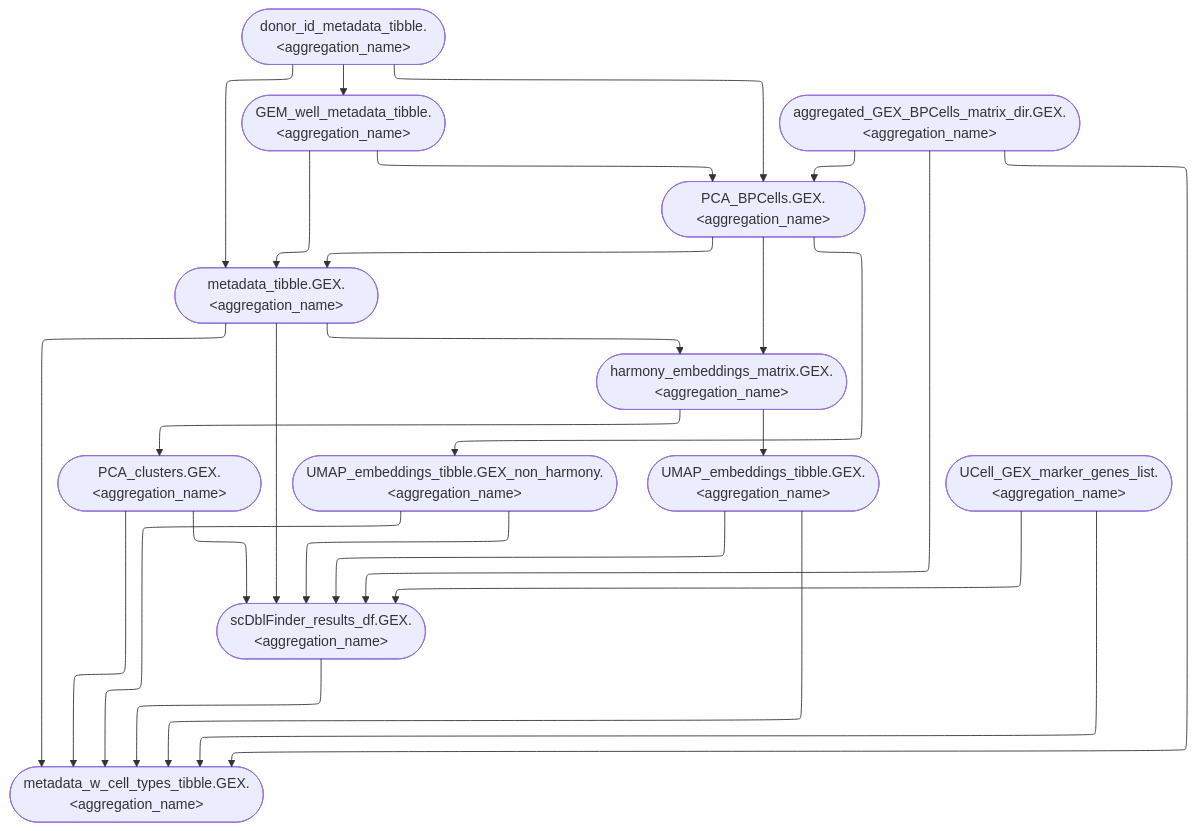
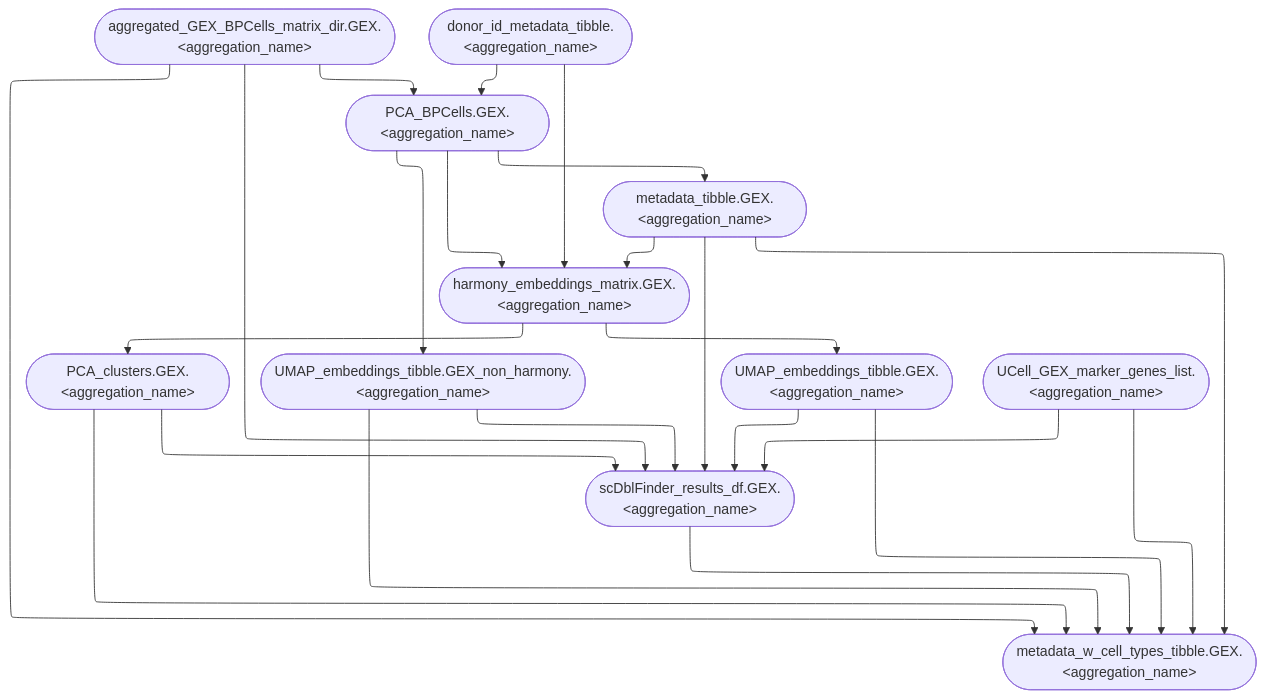
Before and after one commit to koefoeden/multiomeR: the diagram in website/figures/human_curated/GEX_v2.mmd, drawn with Mermaid. The commit also changed 105 other files, not shown here.

```diff
--- a/website/figures/human_curated/GEX_v2.mmd
+++ b/website/figures/human_curated/GEX_v2.mmd
@@ -1,27 +1,24 @@
 %%{init: {'flowchart': {'defaultRenderer': 'elk'}}}%%
 flowchart TB
-  donor_id_metadata_tibble.brain_mouse(["donor_id_metadata_tibble.&lt;aggregation_name&gt;"]):::none --> GEM_well_metadata_tibble.brain_mouse(["GEM_well_metadata_tibble.&lt;aggregation_name&gt;"]):::none
-  PCA_BPCells.GEX.brain_mouse(["PCA_BPCells.GEX.&lt;aggregation_name&gt;"]):::none --> harmony_embeddings_matrix.GEX.brain_mouse(["harmony_embeddings_matrix.GEX.&lt;aggregation_name&gt;"]):::none
-  metadata_tibble.GEX.brain_mouse(["metadata_tibble.GEX.&lt;aggregation_name&gt;"]):::none --> harmony_embeddings_matrix.GEX.brain_mouse(["harmony_embeddings_matrix.GEX.&lt;aggregation_name&gt;"]):::none
-  PCA_BPCells.GEX.brain_mouse(["PCA_BPCells.GEX.&lt;aggregation_name&gt;"]):::none --> metadata_tibble.GEX.brain_mouse(["metadata_tibble.GEX.&lt;aggregation_name&gt;"]):::none
-  donor_id_metadata_tibble.brain_mouse(["donor_id_metadata_tibble.&lt;aggregation_name&gt;"]):::none --> metadata_tibble.GEX.brain_mouse(["metadata_tibble.GEX.&lt;aggregation_name&gt;"]):::none
-  GEM_well_metadata_tibble.brain_mouse(["GEM_well_metadata_tibble.&lt;aggregation_name&gt;"]):::none --> metadata_tibble.GEX.brain_mouse(["metadata_tibble.GEX.&lt;aggregation_name&gt;"]):::none
-  scDblFinder_results_df.GEX.brain_mouse(["scDblFinder_results_df.GEX.&lt;aggregation_name&gt;"]):::none --> metadata_w_cell_types_tibble.GEX.brain_mouse(["metadata_w_cell_types_tibble.GEX.&lt;aggregation_name&gt;"]):::none
-  GEM_well_metadata_tibble.brain_mouse(["GEM_well_metadata_tibble.&lt;aggregation_name&gt;"]):::none --> PCA_BPCells.GEX.brain_mouse(["PCA_BPCells.GEX.&lt;aggregation_name&gt;"]):::none
-  donor_id_metadata_tibble.brain_mouse(["donor_id_metadata_tibble.&lt;aggregation_name&gt;"]):::none --> PCA_BPCells.GEX.brain_mouse(["PCA_BPCells.GEX.&lt;aggregation_name&gt;"]):::none
-  harmony_embeddings_matrix.GEX.brain_mouse(["harmony_embeddings_matrix.GEX.&lt;aggregation_name&gt;"]):::none --> PCA_clusters.GEX.brain_mouse(["PCA_clusters.GEX.&lt;aggregation_name&gt;"]):::none
-  PCA_BPCells.GEX.brain_mouse(["PCA_BPCells.GEX.&lt;aggregation_name&gt;"]):::none --> UMAP_embeddings_tibble.GEX_non_harmony.brain_mouse(["UMAP_embeddings_tibble.GEX_non_harmony.&lt;aggregation_name&gt;"]):::none
-  harmony_embeddings_matrix.GEX.brain_mouse(["harmony_embeddings_matrix.GEX.&lt;aggregation_name&gt;"]):::none --> UMAP_embeddings_tibble.GEX.brain_mouse(["UMAP_embeddings_tibble.GEX.&lt;aggregation_name&gt;"]):::none
-  aggregated_GEX_BPCells_matrix_dir.GEX.brain_mouse(["aggregated_GEX_BPCells_matrix_dir.GEX.&lt;aggregation_name&gt;"]):::none --> PCA_BPCells.GEX.brain_mouse(["PCA_BPCells.GEX.&lt;aggregation_name&gt;"]):::none
-  aggregated_GEX_BPCells_matrix_dir.GEX.brain_mouse(["aggregated_GEX_BPCells_matrix_dir.GEX.&lt;aggregation_name&gt;"]):::none --> metadata_w_cell_types_tibble.GEX.brain_mouse(["metadata_w_cell_types_tibble.GEX.&lt;aggregation_name&gt;"]):::none
-  aggregated_GEX_BPCells_matrix_dir.GEX.brain_mouse(["aggregated_GEX_BPCells_matrix_dir.GEX.&lt;aggregation_name&gt;"]):::none --> scDblFinder_results_df.GEX.brain_mouse(["scDblFinder_results_df.GEX.&lt;aggregation_name&gt;"]):::none
-  UCell_GEX_marker_genes_list.brain_mouse(["UCell_GEX_marker_genes_list.&lt;aggregation_name&gt;"]):::none --> metadata_w_cell_types_tibble.GEX.brain_mouse(["metadata_w_cell_types_tibble.GEX.&lt;aggregation_name&gt;"]):::none
-  metadata_tibble.GEX.brain_mouse(["metadata_tibble.GEX.&lt;aggregation_name&gt;"]):::none --> metadata_w_cell_types_tibble.GEX.brain_mouse(["metadata_w_cell_types_tibble.GEX.&lt;aggregation_name&gt;"]):::none
-  UMAP_embeddings_tibble.GEX.brain_mouse(["UMAP_embeddings_tibble.GEX.&lt;aggregation_name&gt;"]):::none --> metadata_w_cell_types_tibble.GEX.brain_mouse(["metadata_w_cell_types_tibble.GEX.&lt;aggregation_name&gt;"]):::none
-  UMAP_embeddings_tibble.GEX_non_harmony.brain_mouse(["UMAP_embeddings_tibble.GEX_non_harmony.&lt;aggregation_name&gt;"]):::none --> metadata_w_cell_types_tibble.GEX.brain_mouse(["metadata_w_cell_types_tibble.GEX.&lt;aggregation_name&gt;"]):::none
-  PCA_clusters.GEX.brain_mouse(["PCA_clusters.GEX.&lt;aggregation_name&gt;"]):::none --> metadata_w_cell_types_tibble.GEX.brain_mouse(["metadata_w_cell_types_tibble.GEX.&lt;aggregation_name&gt;"]):::none
-  UCell_GEX_marker_genes_list.brain_mouse(["UCell_GEX_marker_genes_list.&lt;aggregation_name&gt;"]):::none --> scDblFinder_results_df.GEX.brain_mouse(["scDblFinder_results_df.GEX.&lt;aggregation_name&gt;"]):::none
-  metadata_tibble.GEX.brain_mouse(["metadata_tibble.GEX.&lt;aggregation_name&gt;"]):::none --> scDblFinder_results_df.GEX.brain_mouse(["scDblFinder_results_df.GEX.&lt;aggregation_name&gt;"]):::none
-  UMAP_embeddings_tibble.GEX.brain_mouse(["UMAP_embeddings_tibble.GEX.&lt;aggregation_name&gt;"]):::none --> scDblFinder_results_df.GEX.brain_mouse(["scDblFinder_results_df.GEX.&lt;aggregation_name&gt;"]):::none
-  UMAP_embeddings_tibble.GEX_non_harmony.brain_mouse(["UMAP_embeddings_tibble.GEX_non_harmony.&lt;aggregation_name&gt;"]):::none --> scDblFinder_results_df.GEX.brain_mouse(["scDblFinder_results_df.GEX.&lt;aggregation_name&gt;"]):::none
-  PCA_clusters.GEX.brain_mouse(["PCA_clusters.GEX.&lt;aggregation_name&gt;"]):::none --> scDblFinder_results_df.GEX.brain_mouse(["scDblFinder_results_df.GEX.&lt;aggregation_name&gt;"]):::none
+  PCA_BPCells.GEX.immune_human_2x(["PCA_BPCells.GEX.&lt;aggregation_name&gt;"]):::none --> harmony_embeddings_matrix.GEX.immune_human_2x(["harmony_embeddings_matrix.GEX.&lt;aggregation_name&gt;"]):::none
+  PCA_BPCells.GEX.immune_human_2x(["PCA_BPCells.GEX.&lt;aggregation_name&gt;"]):::none --> metadata_tibble.GEX.immune_human_2x(["metadata_tibble.GEX.&lt;aggregation_name&gt;"]):::none
+  scDblFinder_results_df.GEX.immune_human_2x(["scDblFinder_results_df.GEX.&lt;aggregation_name&gt;"]):::none --> metadata_w_cell_types_tibble.GEX.immune_human_2x(["metadata_w_cell_types_tibble.GEX.&lt;aggregation_name&gt;"]):::none
+  harmony_embeddings_matrix.GEX.immune_human_2x(["harmony_embeddings_matrix.GEX.&lt;aggregation_name&gt;"]):::none --> PCA_clusters.GEX.immune_human_2x(["PCA_clusters.GEX.&lt;aggregation_name&gt;"]):::none
+  PCA_BPCells.GEX.immune_human_2x(["PCA_BPCells.GEX.&lt;aggregation_name&gt;"]):::none --> UMAP_embeddings_tibble.GEX_non_harmony.immune_human_2x(["UMAP_embeddings_tibble.GEX_non_harmony.&lt;aggregation_name&gt;"]):::none
+  harmony_embeddings_matrix.GEX.immune_human_2x(["harmony_embeddings_matrix.GEX.&lt;aggregation_name&gt;"]):::none --> UMAP_embeddings_tibble.GEX.immune_human_2x(["UMAP_embeddings_tibble.GEX.&lt;aggregation_name&gt;"]):::none
+  aggregated_GEX_BPCells_matrix_dir.GEX.immune_human_2x(["aggregated_GEX_BPCells_matrix_dir.GEX.&lt;aggregation_name&gt;"]):::none --> PCA_BPCells.GEX.immune_human_2x(["PCA_BPCells.GEX.&lt;aggregation_name&gt;"]):::none
+  aggregated_GEX_BPCells_matrix_dir.GEX.immune_human_2x(["aggregated_GEX_BPCells_matrix_dir.GEX.&lt;aggregation_name&gt;"]):::none --> metadata_w_cell_types_tibble.GEX.immune_human_2x(["metadata_w_cell_types_tibble.GEX.&lt;aggregation_name&gt;"]):::none
+  aggregated_GEX_BPCells_matrix_dir.GEX.immune_human_2x(["aggregated_GEX_BPCells_matrix_dir.GEX.&lt;aggregation_name&gt;"]):::none --> scDblFinder_results_df.GEX.immune_human_2x(["scDblFinder_results_df.GEX.&lt;aggregation_name&gt;"]):::none
+  donor_id_metadata_tibble.immune_human_2x(["donor_id_metadata_tibble.&lt;aggregation_name&gt;"]):::none --> harmony_embeddings_matrix.GEX.immune_human_2x(["harmony_embeddings_matrix.GEX.&lt;aggregation_name&gt;"]):::none
+  donor_id_metadata_tibble.immune_human_2x(["donor_id_metadata_tibble.&lt;aggregation_name&gt;"]):::none --> PCA_BPCells.GEX.immune_human_2x(["PCA_BPCells.GEX.&lt;aggregation_name&gt;"]):::none
+  metadata_tibble.GEX.immune_human_2x(["metadata_tibble.GEX.&lt;aggregation_name&gt;"]):::none --> harmony_embeddings_matrix.GEX.immune_human_2x(["harmony_embeddings_matrix.GEX.&lt;aggregation_name&gt;"]):::none
+  UCell_GEX_marker_genes_list.immune_human_2x(["UCell_GEX_marker_genes_list.&lt;aggregation_name&gt;"]):::none --> metadata_w_cell_types_tibble.GEX.immune_human_2x(["metadata_w_cell_types_tibble.GEX.&lt;aggregation_name&gt;"]):::none
+  metadata_tibble.GEX.immune_human_2x(["metadata_tibble.GEX.&lt;aggregation_name&gt;"]):::none --> metadata_w_cell_types_tibble.GEX.immune_human_2x(["metadata_w_cell_types_tibble.GEX.&lt;aggregation_name&gt;"]):::none
+  PCA_clusters.GEX.immune_human_2x(["PCA_clusters.GEX.&lt;aggregation_name&gt;"]):::none --> metadata_w_cell_types_tibble.GEX.immune_human_2x(["metadata_w_cell_types_tibble.GEX.&lt;aggregation_name&gt;"]):::none
+  UMAP_embeddings_tibble.GEX.immune_human_2x(["UMAP_embeddings_tibble.GEX.&lt;aggregation_name&gt;"]):::none --> metadata_w_cell_types_tibble.GEX.immune_human_2x(["metadata_w_cell_types_tibble.GEX.&lt;aggregation_name&gt;"]):::none
+  UMAP_embeddings_tibble.GEX_non_harmony.immune_human_2x(["UMAP_embeddings_tibble.GEX_non_harmony.&lt;aggregation_name&gt;"]):::none --> metadata_w_cell_types_tibble.GEX.immune_human_2x(["metadata_w_cell_types_tibble.GEX.&lt;aggregation_name&gt;"]):::none
+  UCell_GEX_marker_genes_list.immune_human_2x(["UCell_GEX_marker_genes_list.&lt;aggregation_name&gt;"]):::none --> scDblFinder_results_df.GEX.immune_human_2x(["scDblFinder_results_df.GEX.&lt;aggregation_name&gt;"]):::none
+  metadata_tibble.GEX.immune_human_2x(["metadata_tibble.GEX.&lt;aggregation_name&gt;"]):::none --> scDblFinder_results_df.GEX.immune_human_2x(["scDblFinder_results_df.GEX.&lt;aggregation_name&gt;"]):::none
+  PCA_clusters.GEX.immune_human_2x(["PCA_clusters.GEX.&lt;aggregation_name&gt;"]):::none --> scDblFinder_results_df.GEX.immune_human_2x(["scDblFinder_results_df.GEX.&lt;aggregation_name&gt;"]):::none
+  UMAP_embeddings_tibble.GEX.immune_human_2x(["UMAP_embeddings_tibble.GEX.&lt;aggregation_name&gt;"]):::none --> scDblFinder_results_df.GEX.immune_human_2x(["scDblFinder_results_df.GEX.&lt;aggregation_name&gt;"]):::none
+  UMAP_embeddings_tibble.GEX_non_harmony.immune_human_2x(["UMAP_embeddings_tibble.GEX_non_harmony.&lt;aggregation_name&gt;"]):::none --> scDblFinder_results_df.GEX.immune_human_2x(["scDblFinder_results_df.GEX.&lt;aggregation_name&gt;"]):::none
```
